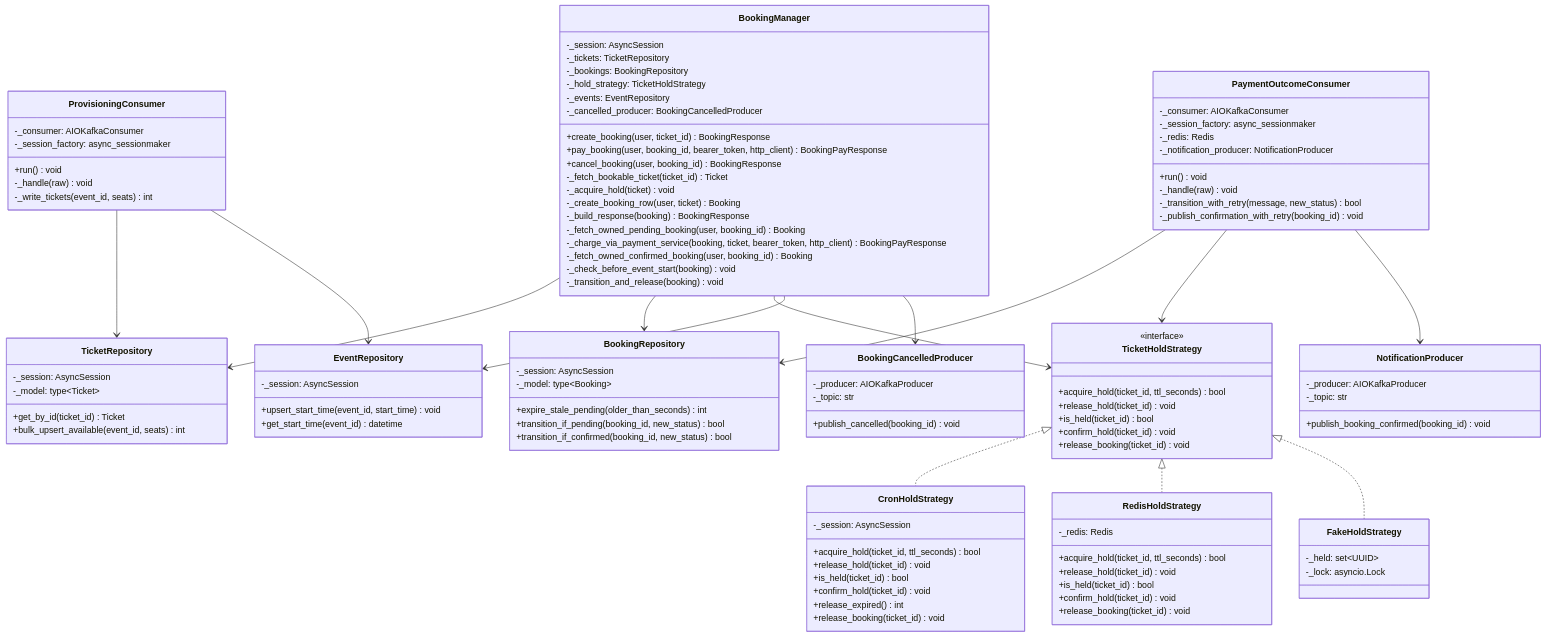
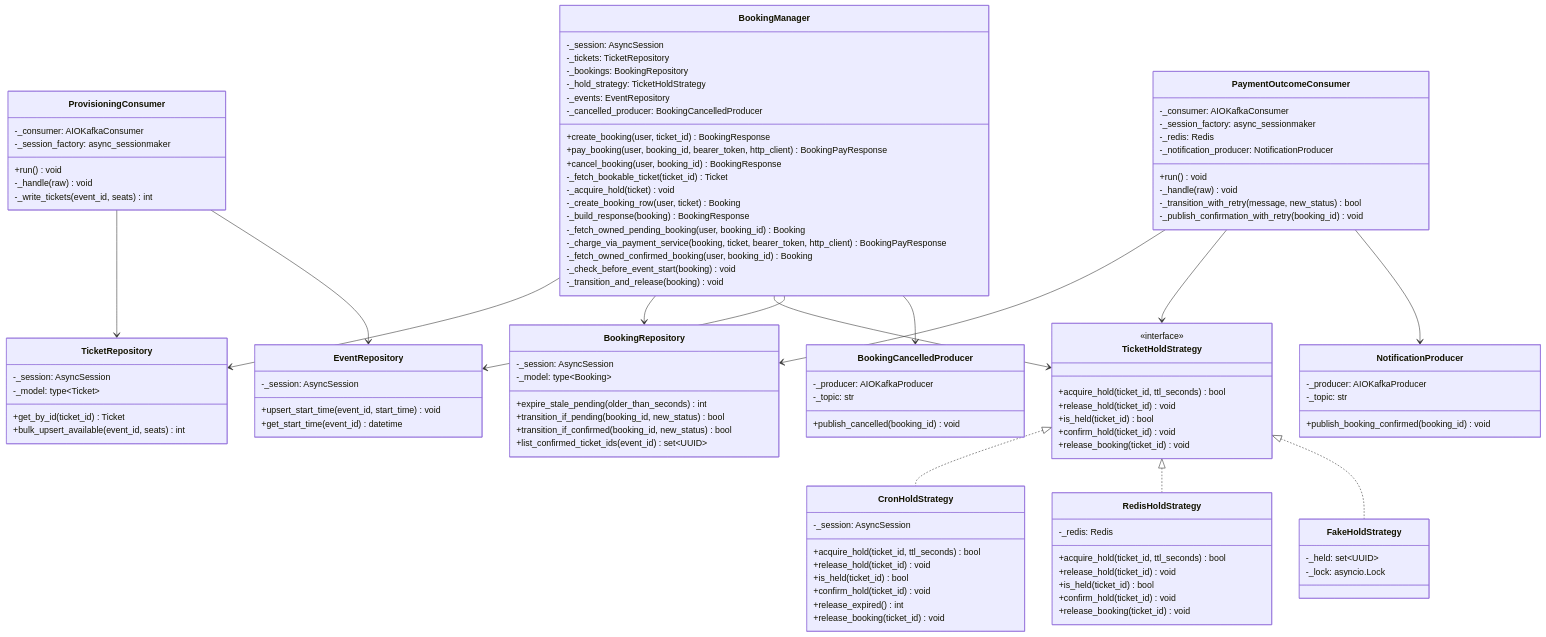
Before and after one commit to STRYKER316/event-ticketing-platform: the third of 5 diagrams in docs/report/class-diagrams.md, drawn with Mermaid. The commit also changed other lines of this file and 6 other files, not shown here.

Commit message:
docs+infra: fix seed.py doc staleness, stale class diagrams, and code-review-reference comments

```diff
--- a/docs/report/class-diagrams.md
+++ b/docs/report/class-diagrams.md
@@ -226,6 +226,7 @@
         +expire_stale_pending(older_than_seconds) int
         +transition_if_pending(booking_id, new_status) bool
         +transition_if_confirmed(booking_id, new_status) bool
+        +list_confirmed_ticket_ids(event_id) set~UUID~
     }
 
     class EventRepository {
```
